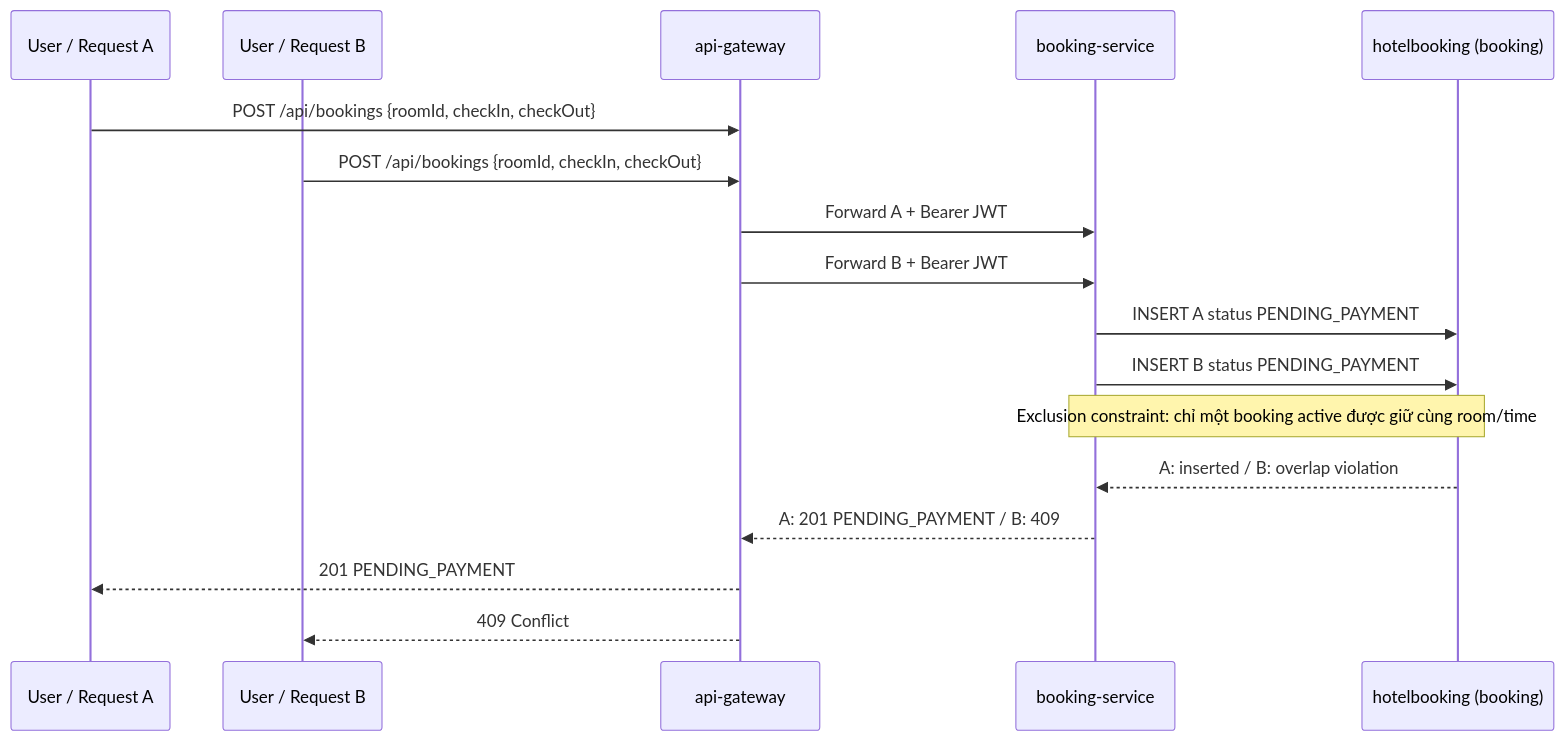
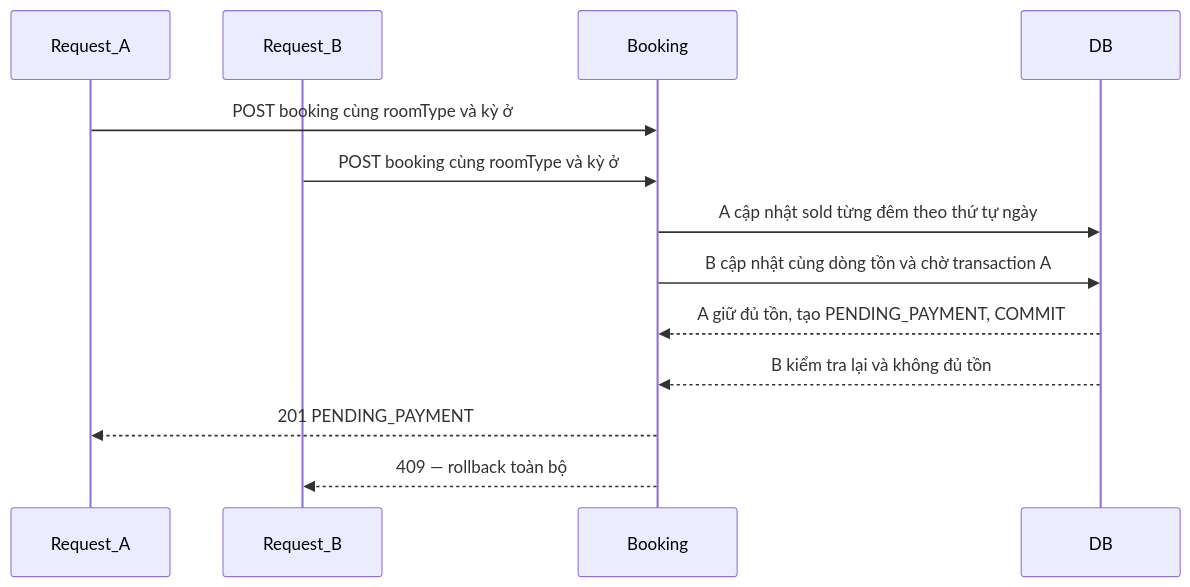
The fourth of 5 diagrams in docs/iam-google-sso-demo-plan-v2.md (oabga/HotelBookingSystem), drawn with Mermaid before and after one commit. The commit also changed other lines of this file and 1 other file, not shown here.

First line of the commit message:
fix view markdown sequece-booking

````diff
--- a/docs/iam-google-sso-demo-plan-v2.md
+++ b/docs/iam-google-sso-demo-plan-v2.md
@@ -502,20 +488,16 @@
 ```mermaid
 sequenceDiagram
-    participant U1 as User / Request A
-    participant U2 as User / Request B
-    participant Gateway as api-gateway
-    participant Booking as booking-service
-    participant BookingDB as hotelbooking (booking)
+    participant A as Request_A
+    participant B as Request_B
+    participant Booking
+    participant DB
 
-    U1->>Gateway: POST /api/bookings {roomId, checkIn, checkOut}
-    U2->>Gateway: POST /api/bookings {roomId, checkIn, checkOut}
-    Gateway->>Booking: Forward A + Bearer JWT
-    Gateway->>Booking: Forward B + Bearer JWT
-    Booking->>BookingDB: INSERT A status PENDING_PAYMENT
-    Booking->>BookingDB: INSERT B status PENDING_PAYMENT
-    Note over Booking,BookingDB: Exclusion constraint: chỉ một booking active được giữ cùng room/time
-    BookingDB-->>Booking: A: inserted / B: overlap violation
-    Booking-->>Gateway: A: 201 PENDING_PAYMENT / B: 409
-    Gateway-->>U1: 201 PENDING_PAYMENT
-    Gateway-->>U2: 409 Conflict
+    A->>Booking: POST booking cùng roomType và kỳ ở
+    B->>Booking: POST booking cùng roomType và kỳ ở
+    Booking->>DB: A cập nhật sold từng đêm theo thứ tự ngày
+    Booking->>DB: B cập nhật cùng dòng tồn và chờ transaction A
+    DB-->>Booking: A giữ đủ tồn, tạo PENDING_PAYMENT, COMMIT
+    DB-->>Booking: B kiểm tra lại và không đủ tồn
+    Booking-->>A: 201 PENDING_PAYMENT
+    Booking-->>B: 409 — rollback toàn bộ
 ```
````
